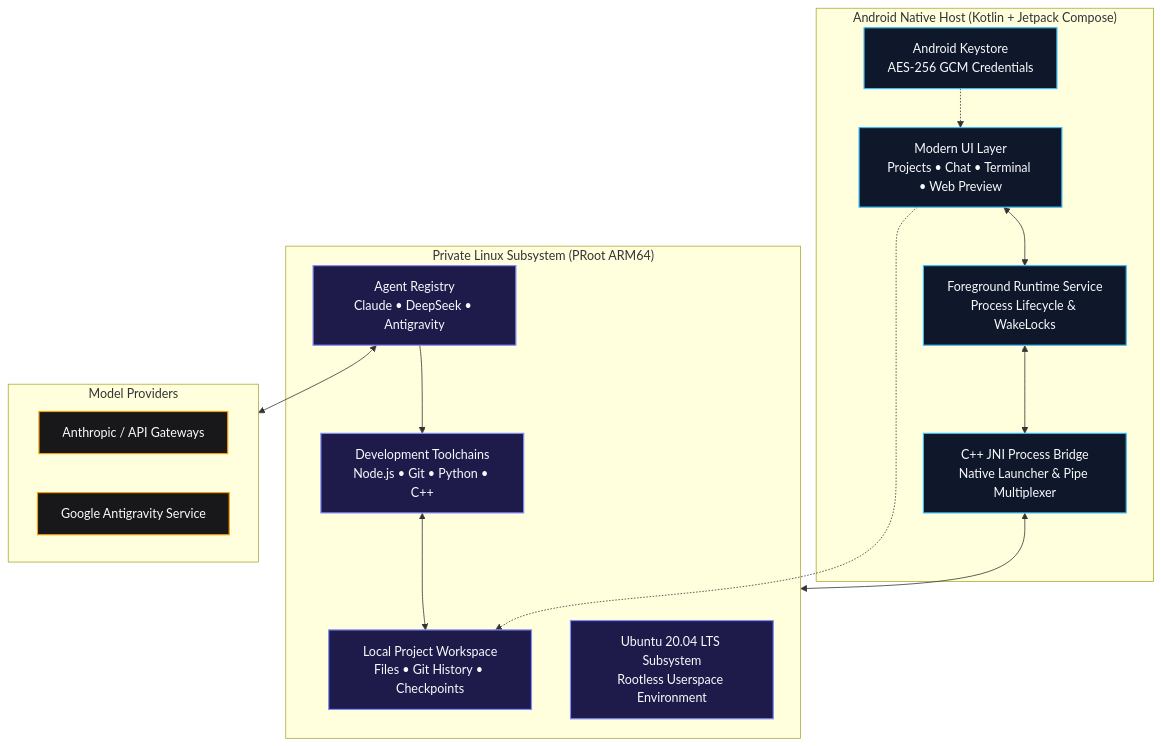
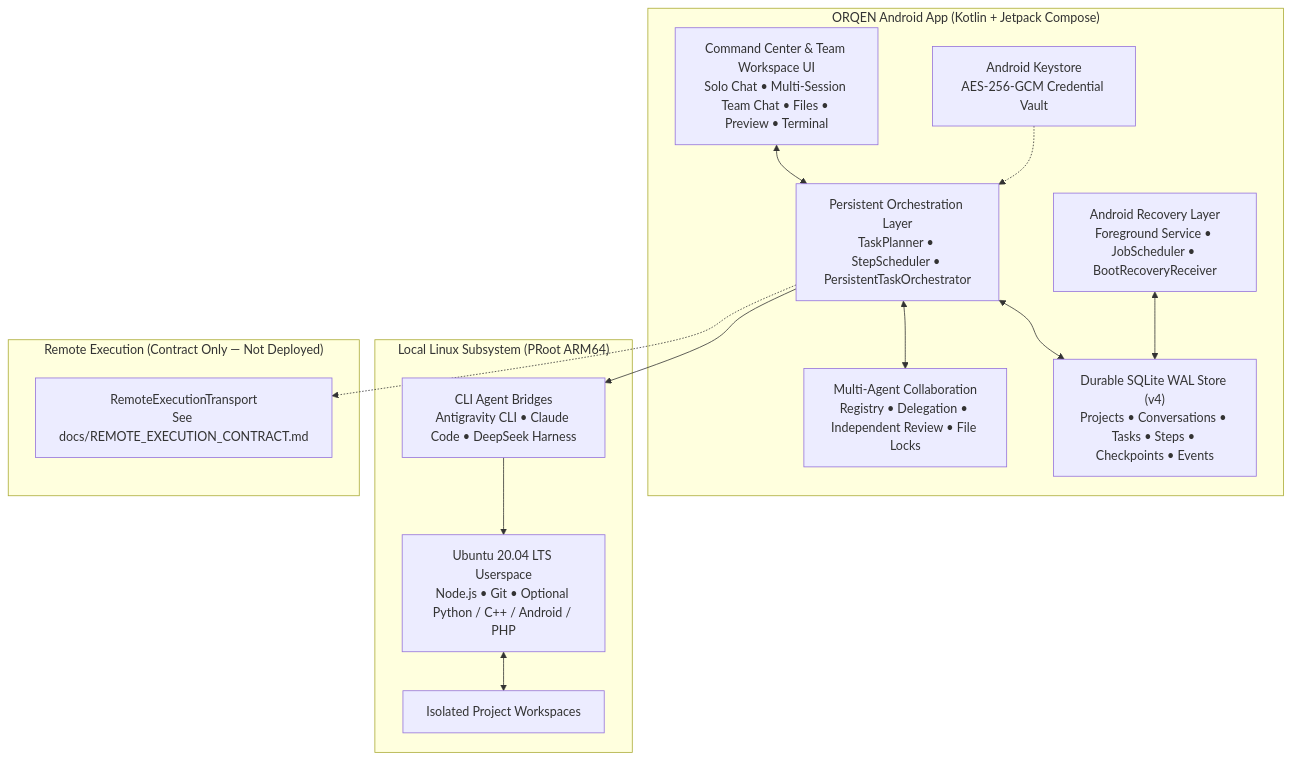
The diagram in README.md (EnJirad/Orqen-Harness), drawn with Mermaid before and after one commit. The commit also changed other lines of this file and 16 other files, not shown here.

Commit message:
Phase 6 Remediation & Phase 8: Remote Execution stack, Android HTTP transport, and ORQEN README rebrand

````diff
--- a/README.md
+++ b/README.md
@@ -201,38 +52,31 @@
 ```mermaid
 flowchart TB
-    subgraph Host[" Android Native Host (Kotlin + Jetpack Compose) "]
-        UI["Modern UI Layer<br/>Projects • Chat • Terminal • Web Preview"]
-        Service["Foreground Runtime Service<br/>Process Lifecycle & WakeLocks"]
-        Keystore["Android Keystore<br/>AES-256 GCM Credentials"]
-        Bridge["C++ JNI Process Bridge<br/>Native Launcher & Pipe Multiplexer"]
+    subgraph Android["ORQEN Android App (Kotlin + Jetpack Compose)"]
+        UI["Command Center & Team Workspace UI<br/>Solo Chat • Multi-Session Team Chat • Files • Preview • Terminal"]
+        Orch["Persistent Orchestration Layer<br/>TaskPlanner • StepScheduler • PersistentTaskOrchestrator"]
+        Collab["Multi-Agent Collaboration<br/>Registry • Delegation • Independent Review • File Locks"]
+        DB["Durable SQLite WAL Store (v4)<br/>Projects • Conversations • Tasks • Steps • Checkpoints • Events"]
+        Recovery["Android Recovery Layer<br/>Foreground Service • JobScheduler • BootRecoveryReceiver"]
+        Vault["Android Keystore<br/>AES-256-GCM Credential Vault"]
     end
 
-    subgraph Subsystem[" Private Linux Subsystem (PRoot ARM64) "]
-        Ubuntu["Ubuntu 20.04 LTS Subsystem<br/>Rootless Userspace Environment"]
-        Agent["Agent Registry<br/>Claude • DeepSeek • Antigravity"]
-        Tools["Development Toolchains<br/>Node.js • Git • Python • C++"]
-        Workspace["Local Project Workspace<br/>Files • Git History • Checkpoints"]
+    subgraph Runtime["Local Linux Subsystem (PRoot ARM64)"]
+        Ubuntu["Ubuntu 20.04 LTS Userspace<br/>Node.js • Git • Optional Python / C++ / Android / PHP"]
+        CLI["CLI Agent Bridges<br/>Antigravity CLI • Claude Code • DeepSeek Harness"]
+        WS["Isolated Project Workspaces"]
     end
 
-    subgraph Cloud[" Model Providers "]
-        Anthropic["Anthropic / API Gateways"]
-        Gateways["Google Antigravity Service"]
+    subgraph Remote["Remote Execution (Contract Only — Not Deployed)"]
+        RemoteAPI["RemoteExecutionTransport<br/>See docs/REMOTE_EXECUTION_CONTRACT.md"]
     end
 
-    UI <--> Service
-    Service <--> Bridge
-    Bridge <--> Subsystem
-    Keystore -.-> UI
-    Agent <--> Cloud
-    Agent --> Tools
-    Tools <--> Workspace
-    UI -.-> Workspace
-
-    classDef hostStyle fill:#0f172a,stroke:#38bdf8,stroke-width:1.5px,color:#f8fafc;
-    classDef subStyle fill:#1e1b4b,stroke:#818cf8,stroke-width:1.5px,color:#f8fafc;
-    classDef cloudStyle fill:#18181b,stroke:#f59e0b,stroke-width:1.5px,color:#f8fafc;
-
-    class UI,Service,Keystore,Bridge hostStyle;
-    class Ubuntu,Agent,Tools,Workspace subStyle;
-    class Anthropic,Gateways cloudStyle;
+    UI <--> Orch
+    Orch <--> Collab
+    Orch <--> DB
+    Recovery <--> DB
+    Orch --> CLI
+    CLI --> Ubuntu
+    Ubuntu <--> WS
+    Vault -.-> Orch
+    Orch -.-> RemoteAPI
 ```
````
